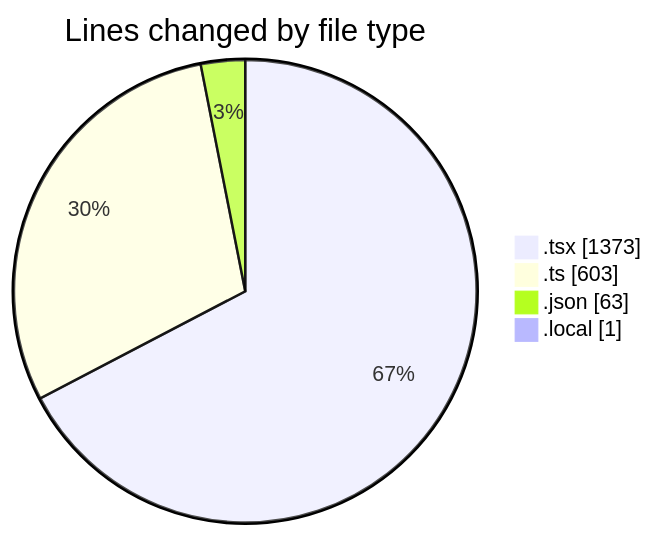
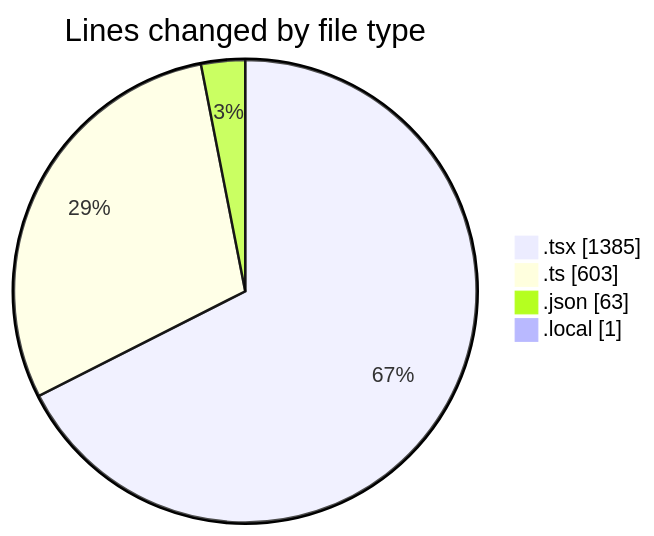
The first of 2 diagrams in 2025-10-21/eventscop-frontend-guide__workspace_/README.md (julien-gomy/code-tracking), drawn with Mermaid before and after one commit. The commit also changed other lines of this file and 1 other file, not shown here.

````diff
--- a/2025-10-21/eventscop-frontend-guide__workspace_/README.md
+++ b/2025-10-21/eventscop-frontend-guide__workspace_/README.md
@@ -43,8 +43,8 @@
 ```mermaid
 pie showData
 title Lines changed by file type
-".tsx" : 1373
+".tsx" : 1385
 ".ts" : 603
 ".json" : 63
 ".local" : 1
 ```
````
